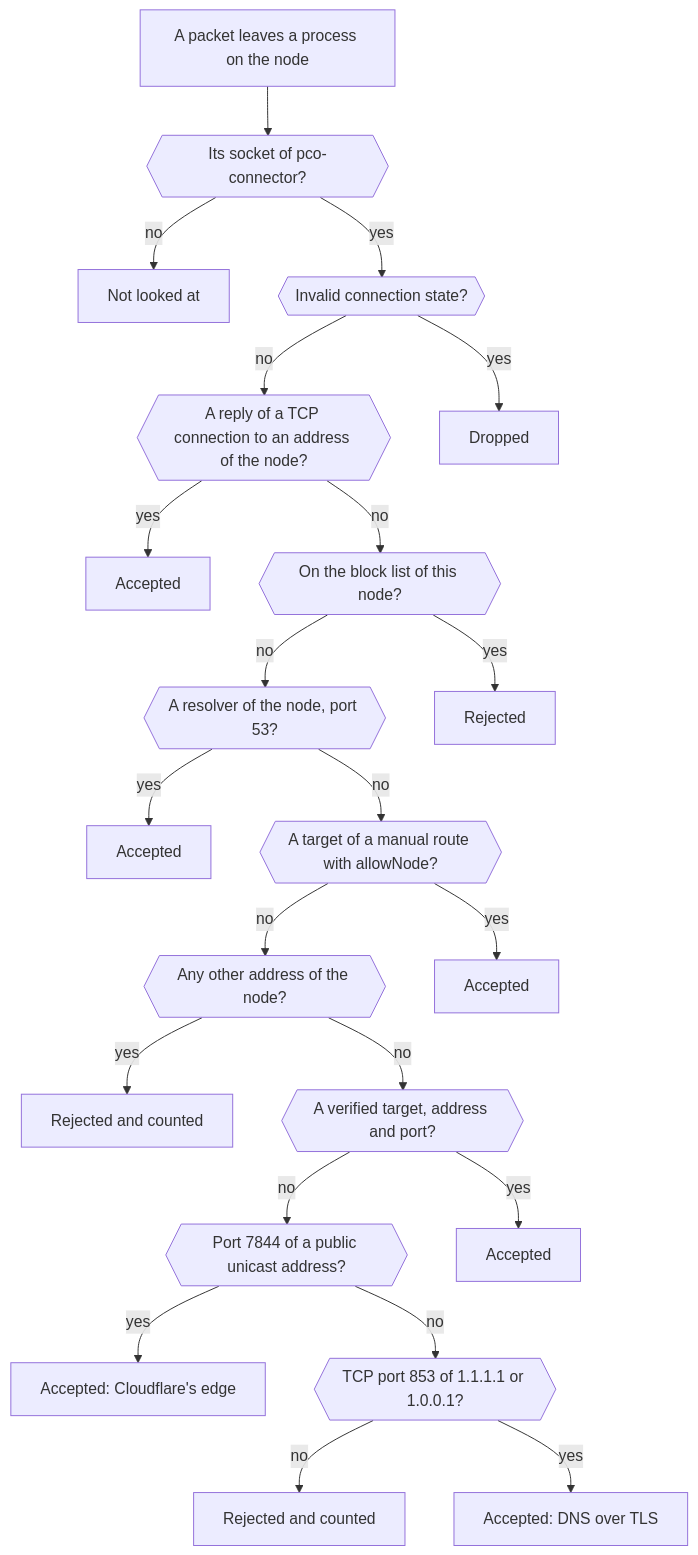
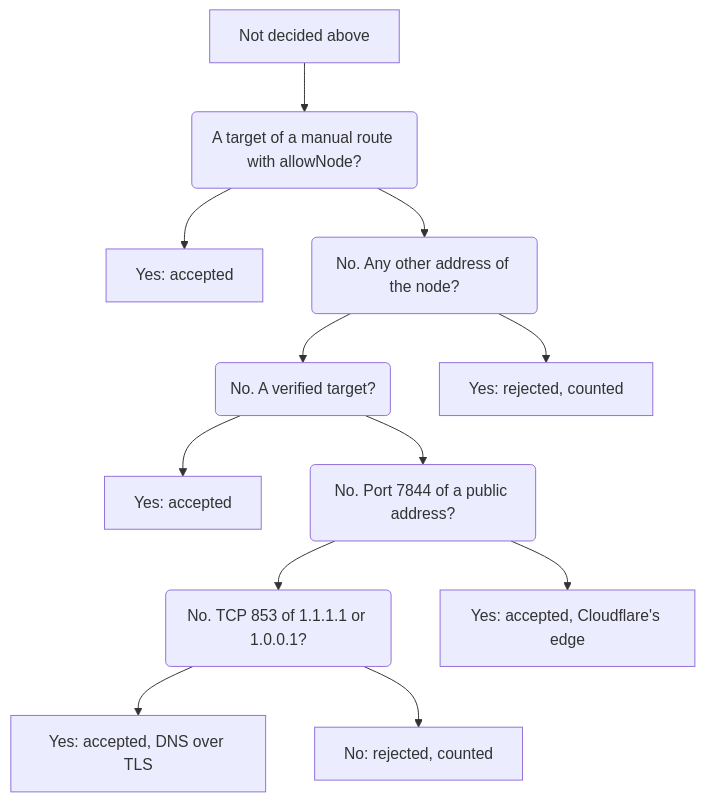
Before and after one commit to anaryk/proxmox-cloudflared-operator: the fourth of 4 diagrams in docs/security.md, drawn with Mermaid. The commit also changed other lines of this file and 5 other files, not shown here.

First line of the commit message:
docs: fix what the review found in the architecture and concept pages

````diff
--- a/docs/security.md
+++ b/docs/security.md
@@ -345,24 +362,14 @@
 ```mermaid
 flowchart TB
-    packet["A packet leaves a process on the node"] --> user{{"Its socket of pco-connector?"}}
-    user -->|"no"| untouched["Not looked at"]
-    user -->|"yes"| invalid{{"Invalid connection state?"}}
-    invalid -->|"no"| reply{{"A reply of a TCP connection to an address of the node?"}}
-    invalid -->|"yes"| drop["Dropped"]
-    reply -->|"yes"| a1["Accepted"]
-    reply -->|"no"| blocked{{"On the block list of this node?"}}
-    blocked -->|"no"| resolver{{"A resolver of the node, port 53?"}}
-    blocked -->|"yes"| r1["Rejected"]
-    resolver -->|"yes"| a2["Accepted"]
-    resolver -->|"no"| allownode{{"A target of a manual route with allowNode?"}}
-    allownode -->|"no"| local{{"Any other address of the node?"}}
-    allownode -->|"yes"| a3["Accepted"]
-    local -->|"yes"| r2["Rejected and counted"]
-    local -->|"no"| target{{"A verified target, address and port?"}}
-    target -->|"no"| edge{{"Port 7844 of a public unicast address?"}}
-    target -->|"yes"| a4["Accepted"]
-    edge -->|"yes"| a5["Accepted: Cloudflare's edge"]
-    edge -->|"no"| dot{{"TCP port 853 of 1.1.1.1 or 1.0.0.1?"}}
-    dot -->|"no"| r3["Rejected and counted"]
-    dot -->|"yes"| a6["Accepted: DNS over TLS"]
+    packet["Not decided above"] --> allownode("A target of a manual route with allowNode?")
+    allownode --> a3["Yes: accepted"]
+    allownode --> local("No. Any other address of the node?")
+    local --> target("No. A verified target?")
+    local --> r2["Yes: rejected, counted"]
+    target --> a4["Yes: accepted"]
+    target --> edge("No. Port 7844 of a public address?")
+    edge --> dot("No. TCP 853 of 1.1.1.1 or 1.0.0.1?")
+    edge --> a5["Yes: accepted, Cloudflare's edge"]
+    dot --> a6["Yes: accepted, DNS over TLS"]
+    dot --> r3["No: rejected, counted"]
 ```
````
